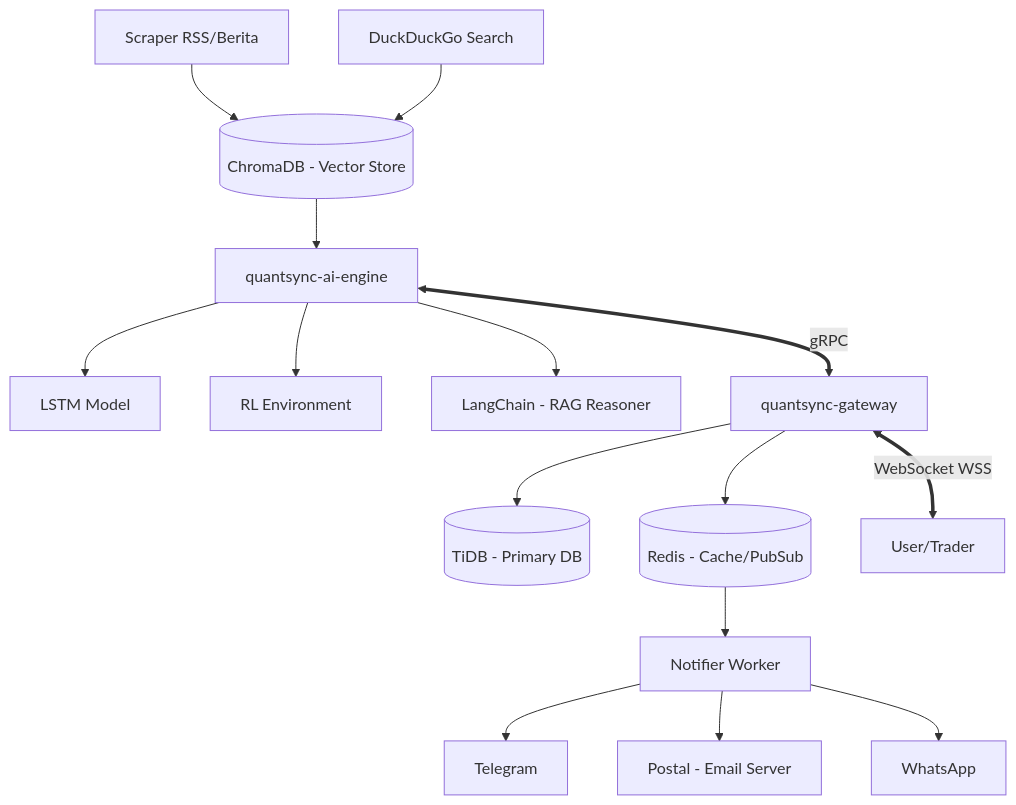
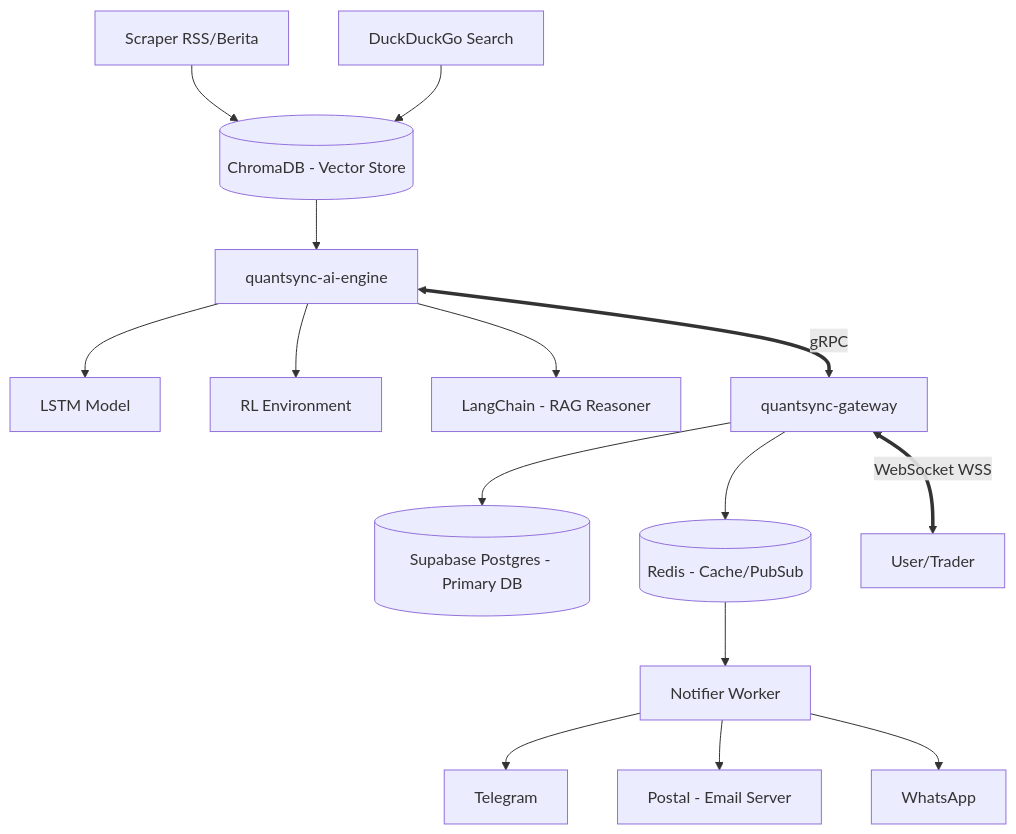
The diagram in README.md (adhitiad/quantsync), drawn with Mermaid before and after one commit. The commit also changed other lines of this file and 29 other files, not shown here.

````diff
--- a/README.md
+++ b/README.md
@@ -7,21 +7,21 @@
 ```mermaid
 graph TD
     RSS[Scraper RSS/Berita] --> ChromaDB[(ChromaDB - Vector Store)]
     DDG[DuckDuckGo Search] --> ChromaDB
     ChromaDB --> AI[quantsync-ai-engine]
     AI --> LSTM[LSTM Model]
     AI --> RL[RL Environment]
     AI --> LangChain[LangChain - RAG Reasoner]
     
     AI <== gRPC ==> Gateway[quantsync-gateway]
     
-    Gateway --> TiDB[(TiDB - Primary DB)]
+    Gateway --> Supabase[(Supabase Postgres - Primary DB)]
     Gateway --> Redis[(Redis - Cache/PubSub)]
     
     Gateway <== WebSocket WSS ==> Client[User/Trader]
     
     Redis --> Notifier[Notifier Worker]
     Notifier --> TG[Telegram]
     Notifier --> Email[Postal - Email Server]
     Notifier --> WA[WhatsApp]
 ```
````
